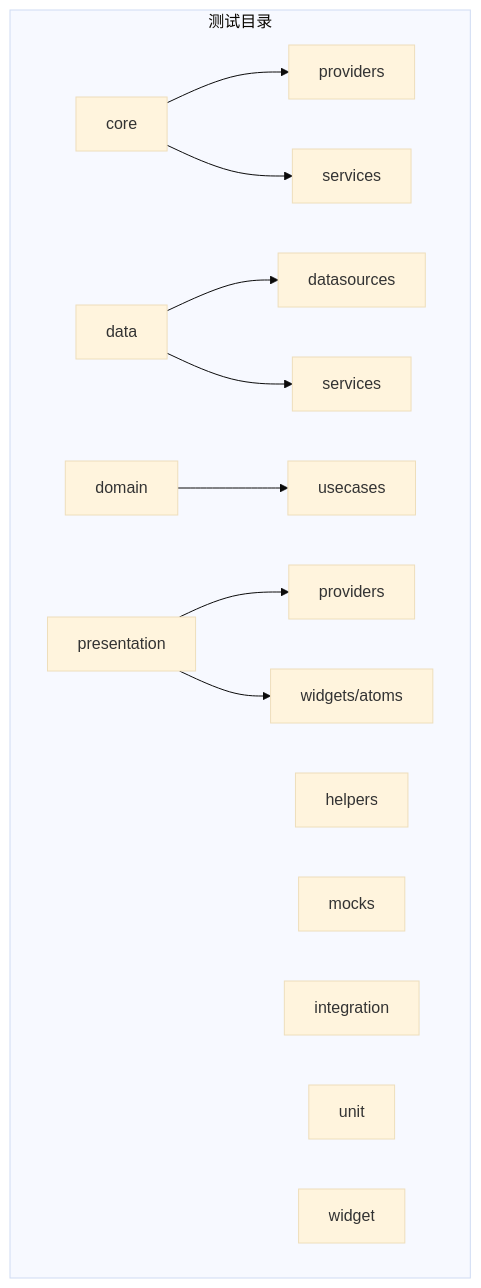
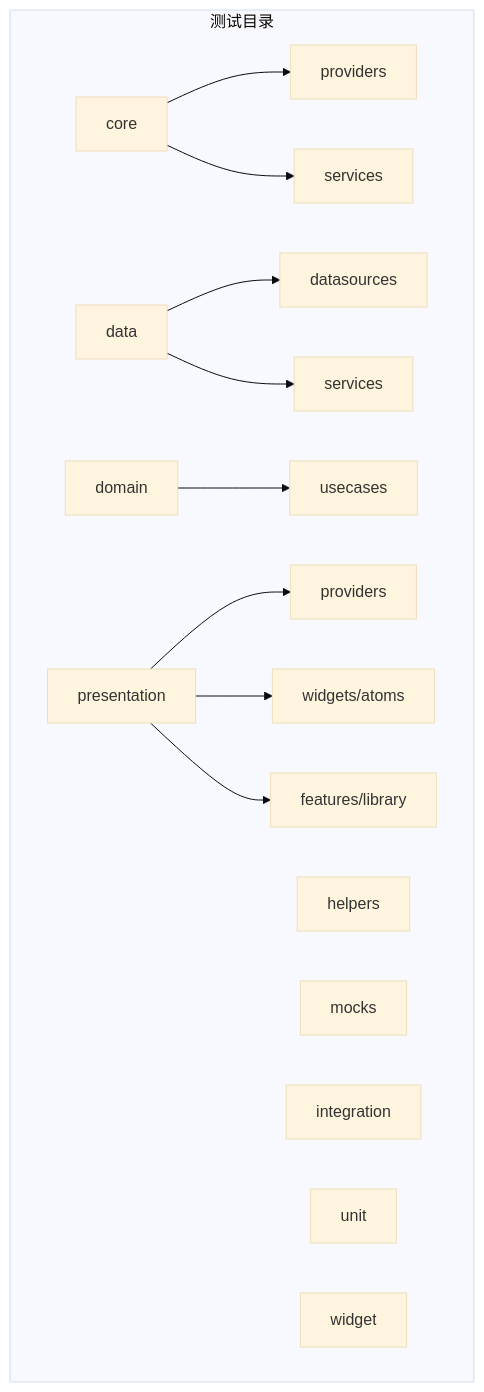
Before and after one commit to ZTfer/Tinycast: the first of 11 diagrams in .qoder/repowiki/zh/content/开发指南/测试策略.md, drawn with Mermaid (base theme). The commit also changed other lines of this file and 187 other files, not shown here.

````diff
--- a/.qoder/repowiki/zh/content/开发指南/测试策略.md
+++ b/.qoder/repowiki/zh/content/开发指南/测试策略.md
@@ -43,17 +54,18 @@
 ```mermaid
 graph TB
 subgraph "测试目录"
 A["core"] --> B["providers"]
 A --> C["services"]
 D["data"] --> E["datasources"]
 D --> F["services"]
 G["domain"] --> H["usecases"]
 I["presentation"] --> J["providers"]
 I --> K["widgets/atoms"]
-L["helpers"]
-M["mocks"]
-N["integration"]
-O["unit"]
-P["widget"]
+I --> L["features/library"]
+M["helpers"]
+N["mocks"]
+O["integration"]
+P["unit"]
+Q["widget"]
 end
 ```
````
